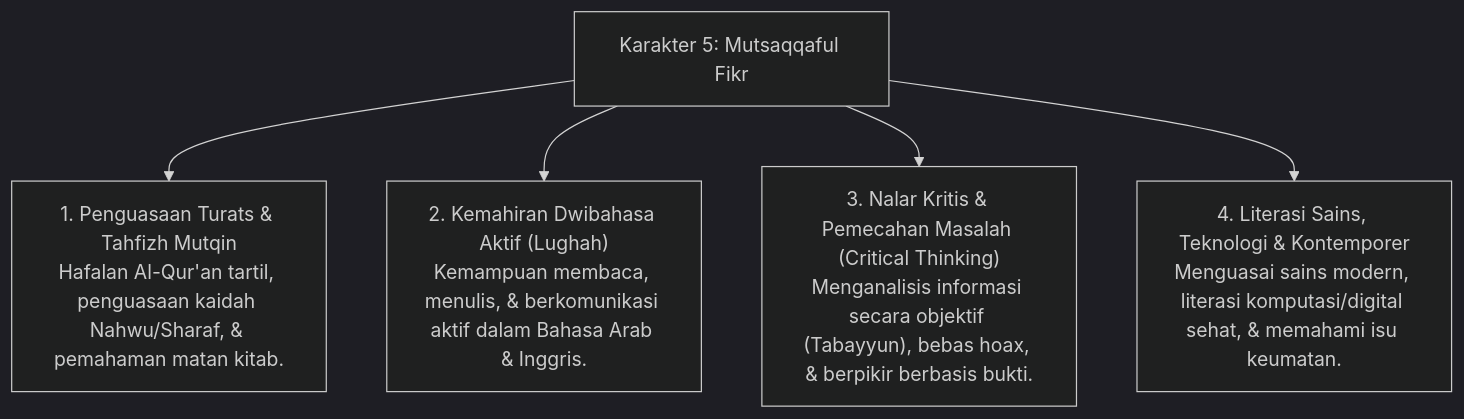
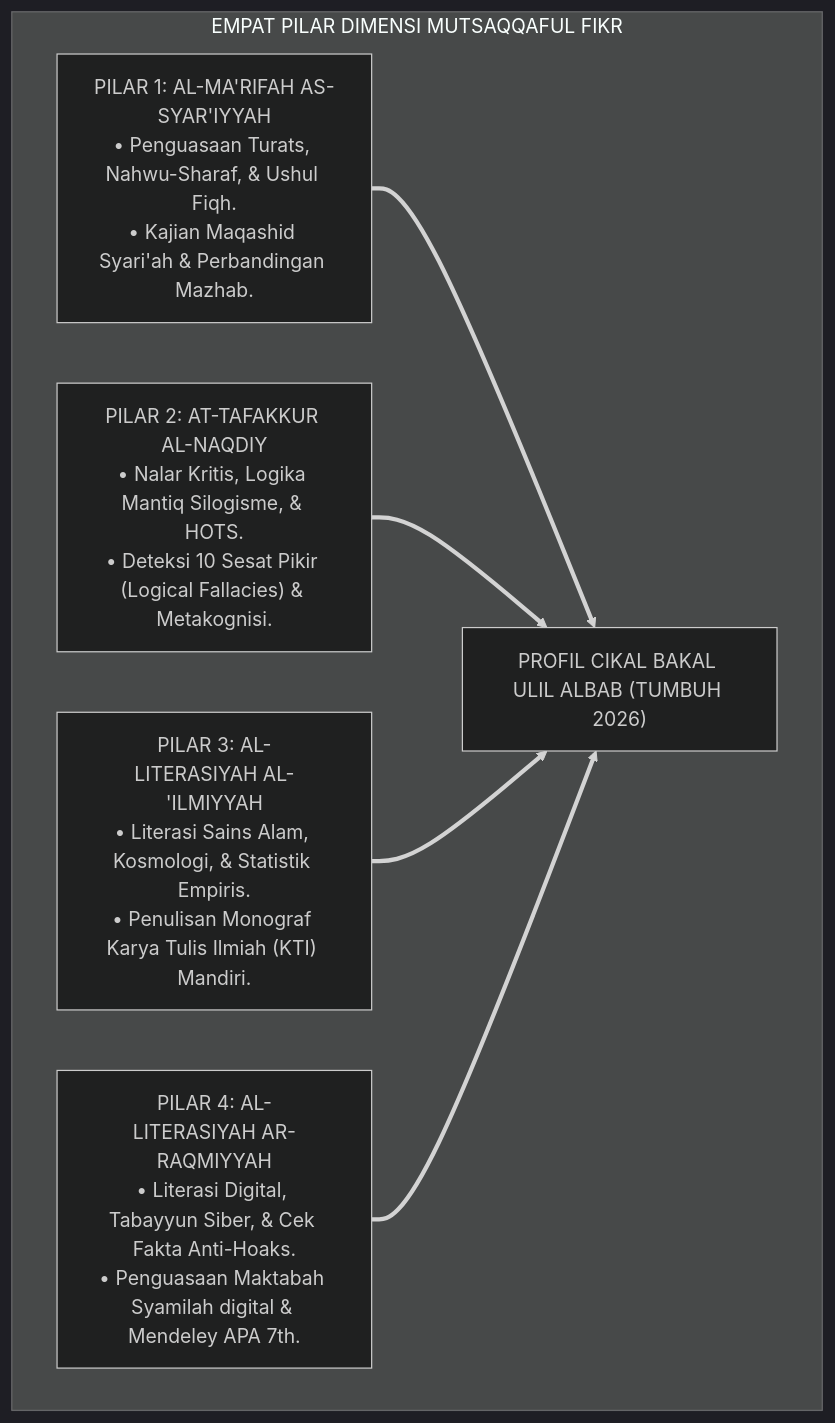
The second of 3 diagrams in 03 Capacity Framework/08 Mutsaqqaful Fikr/P3-08-Mutsaqqaful-Fikr-Induk.md (wandiapriliyandi/tumbuh), drawn with Mermaid (dark theme) before and after one commit. The commit also changed other lines of this file and 14 other files, not shown here.

Commit message:
docs(03-capacity): complete 15 research monographs for 08 Mutsaqqaful Fikr

````diff
--- a/03 Capacity Framework/08 Mutsaqqaful Fikr/P3-08-Mutsaqqaful-Fikr-Induk.md
+++ b/03 Capacity Framework/08 Mutsaqqaful Fikr/P3-08-Mutsaqqaful-Fikr-Induk.md
@@ -10,9 +63,14 @@
 ```mermaid
-graph TD
-    Fikr["Karakter 5: Mutsaqqaful Fikr"]
-    
-    Fikr --> D1["1. Penguasaan Turats & Tahfizh Mutqin<br/>Hafalan Al-Qur'an tartil, penguasaan kaidah Nahwu/Sharaf, & pemahaman matan kitab."]
-    Fikr --> D2["2. Kemahiran Dwibahasa Aktif (Lughah)<br/>Kemampuan membaca, menulis, & berkomunikasi aktif dalam Bahasa Arab & Inggris."]
-    Fikr --> D3["3. Nalar Kritis & Pemecahan Masalah (Critical Thinking)<br/>Menganalisis informasi secara objektif (Tabayyun), bebas hoax, & berpikir berbasis bukti."]
-    Fikr --> D4["4. Literasi Sains, Teknologi & Kontemporer<br/>Menguasai sains modern, literasi komputasi/digital sehat, & memahami isu keumatan."]
+flowchart TD
+    subgraph EmpatPilarNalarFitrah["EMPAT PILAR DIMENSI MUTSAQQAFUL FIKR"]
+        P1["PILAR 1: AL-MA'RIFAH AS-SYAR'IYYAH<br/>• Penguasaan Turats, Nahwu-Sharaf, & Ushul Fiqh.<br/>• Kajian Maqashid Syari'ah & Perbandingan Mazhab."]
+        
+        P2["PILAR 2: AT-TAFAKKUR AL-NAQDIY<br/>• Nalar Kritis, Logika Mantiq Silogisme, & HOTS.<br/>• Deteksi 10 Sesat Pikir (Logical Fallacies) & Metakognisi."]
+        
+        P3["PILAR 3: AL-LITERASIYAH AL-'ILMIYYAH<br/>• Literasi Sains Alam, Kosmologi, & Statistik Empiris.<br/>• Penulisan Monograf Karya Tulis Ilmiah (KTI) Mandiri."]
+        
+        P4["PILAR 4: AL-LITERASIYAH AR-RAQMIYYAH<br/>• Literasi Digital, Tabayyun Siber, & Cek Fakta Anti-Hoaks.<br/>• Penguasaan Maktabah Syamilah digital & Mendeley APA 7th."]
+        
+        P1 & P2 & P3 & P4 ==> Output["PROFIL CIKAL BAKAL ULIL ALBAB (TUMBUH 2026)"]
+    end
 ```
````
